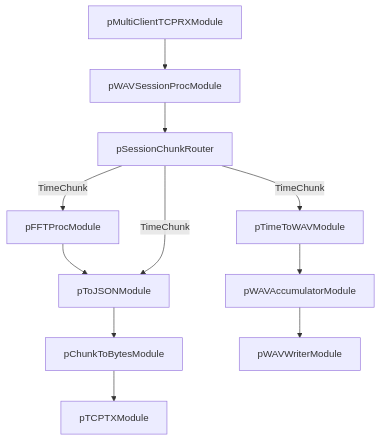
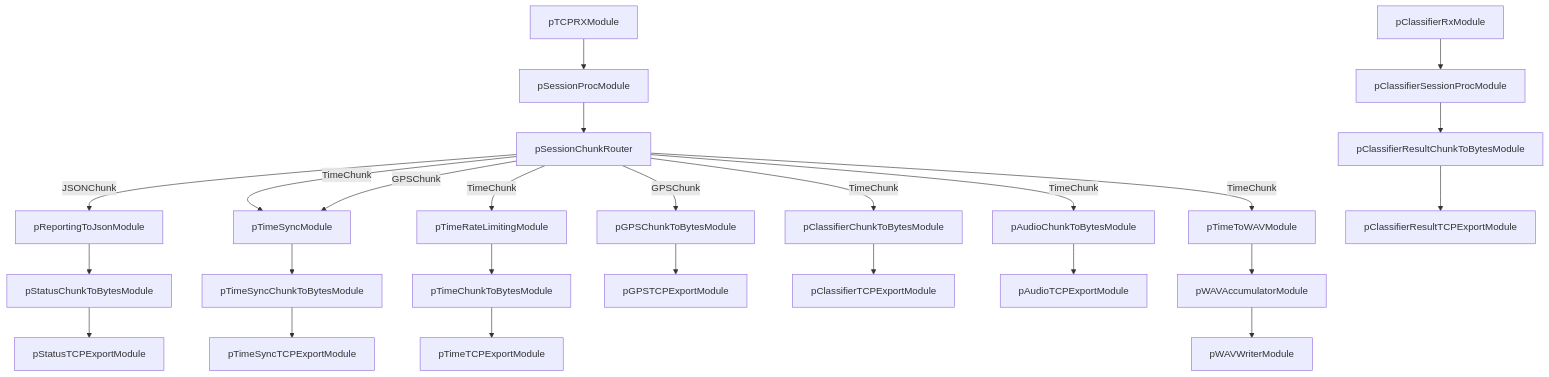
The diagram in README.md (Sense-Scape/Proc_Serv), drawn with Mermaid before and after one commit. The commit also changed other lines of this file and 3 other files, not shown here.

````diff
--- a/README.md
+++ b/README.md
@@ -10,13 +10,27 @@
 ``` mermaid 
 graph TD; 
-  pMultiClientTCPRXModule-->pWAVSessionProcModule
-  pWAVSessionProcModule-->pSessionChunkRouter
-  pFFTProcModule-->pToJSONModule
-  pToJSONModule-->pChunkToBytesModule
-  pChunkToBytesModule-->pTCPTXModule
+  pTCPRXModule-->pSessionProcModule
+  pSessionProcModule-->pSessionChunkRouter
+  pReportingToJsonModule-->pStatusChunkToBytesModule
+  pStatusChunkToBytesModule-->pStatusTCPExportModule
+  pTimeSyncModule-->pTimeSyncChunkToBytesModule
+  pTimeSyncChunkToBytesModule-->pTimeSyncTCPExportModule
+  pTimeRateLimitingModule-->pTimeChunkToBytesModule
+  pTimeChunkToBytesModule-->pTimeTCPExportModule
+  pGPSChunkToBytesModule-->pGPSTCPExportModule
+  pClassifierChunkToBytesModule-->pClassifierTCPExportModule
+  pClassifierRxModule-->pClassifierSessionProcModule
+  pClassifierSessionProcModule-->pClassifierResultChunkToBytesModule
+  pClassifierResultChunkToBytesModule-->pClassifierResultTCPExportModule
+  pAudioChunkToBytesModule-->pAudioTCPExportModule
   	pTimeToWAVModule-->pWAVAccumulatorModule
   	pWAVAccumulatorModule-->pWAVWriterModule
-  pSessionChunkRouter-- TimeChunk -->pToJSONModule
-  pSessionChunkRouter-- TimeChunk -->pFFTProcModule
+  pSessionChunkRouter-- JSONChunk -->pReportingToJsonModule
+  pSessionChunkRouter-- TimeChunk -->pTimeSyncModule
+  pSessionChunkRouter-- GPSChunk -->pTimeSyncModule
+  pSessionChunkRouter-- TimeChunk -->pTimeRateLimitingModule
+  pSessionChunkRouter-- GPSChunk -->pGPSChunkToBytesModule
+  pSessionChunkRouter-- TimeChunk -->pClassifierChunkToBytesModule
+  pSessionChunkRouter-- TimeChunk -->pAudioChunkToBytesModule
   	pSessionChunkRouter-- TimeChunk -->pTimeToWAVModule
 ```
````
